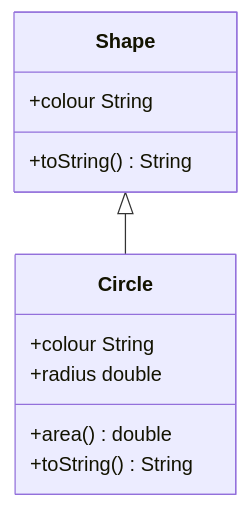
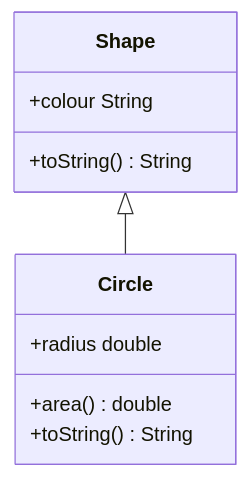
Before and after one commit to bweston6/uol-cs-notes: the diagram in COMP122/Lectures/Week 5/2021-03-08-3.md, drawn with Mermaid. The commit also changed 2 other files, not shown here.

Commit message:
Fixing UML diagrams.

````diff
--- a/COMP122/Lectures/Week 5/2021-03-08-3.md
+++ b/COMP122/Lectures/Week 5/2021-03-08-3.md
@@ -13,14 +13,13 @@
 ```mermaid
 classDiagram
 	Shape <|-- Circle
 	class Shape{
 		+colour String
 		+toString() String
 	}
 	class Circle{
-		+colour String
 		+radius double
 		+area() double
 		+toString() String
 	}
 ```
````
